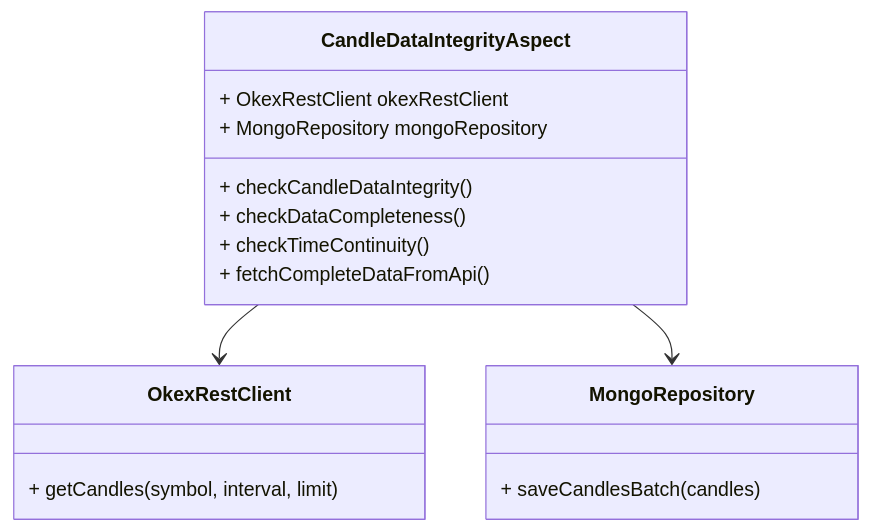
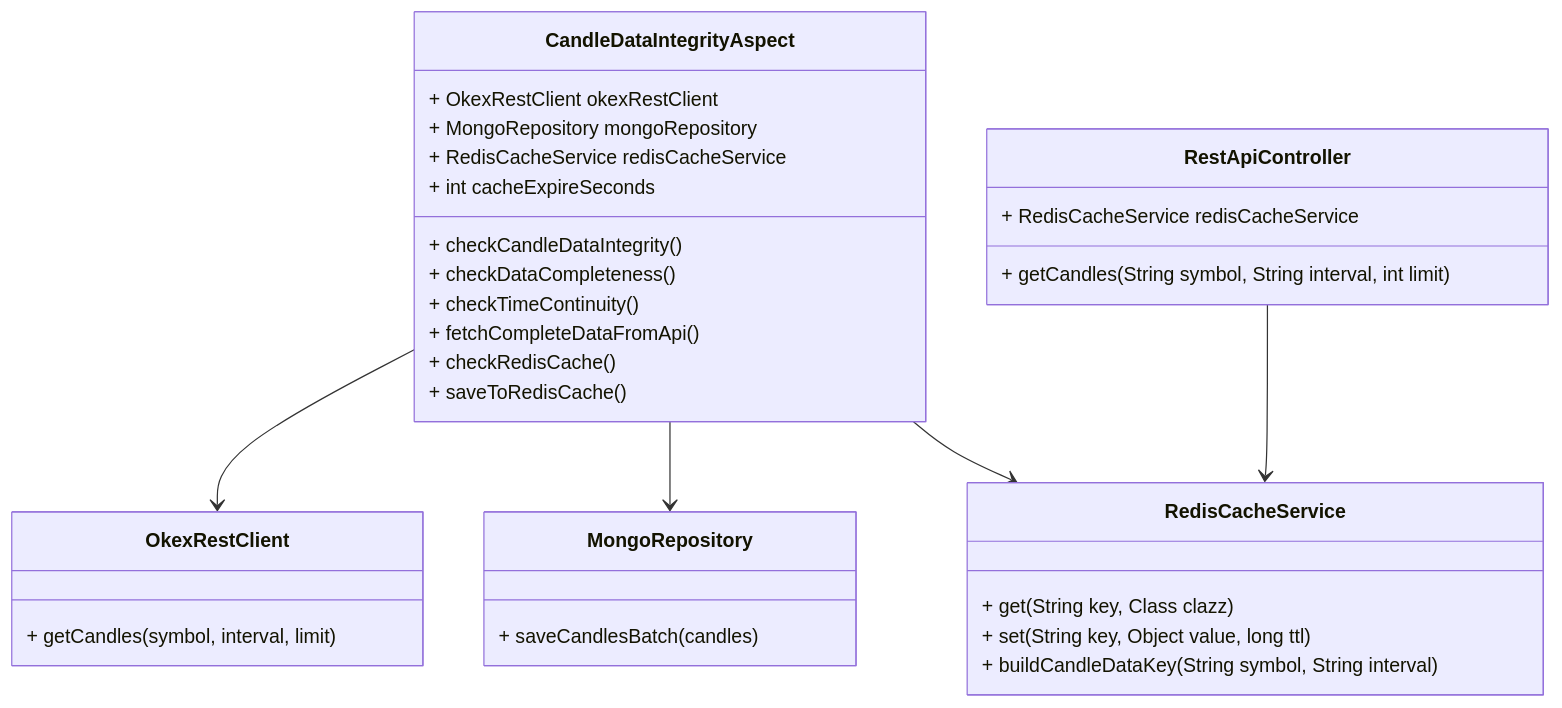
Before and after one commit to bidepideyipi/okex-trans5: the third of 8 diagrams in doc/ARCHITECTURE.md, drawn with Mermaid. The commit also changed other lines of this file and 16 other files, not shown here.

Commit message:
Websocket 订阅交易对的K线图

````diff
--- a/doc/ARCHITECTURE.md
+++ b/doc/ARCHITECTURE.md
@@ -501,22 +517,39 @@
 ```mermaid
 classDiagram
     class CandleDataIntegrityAspect {
         + OkexRestClient okexRestClient
         + MongoRepository mongoRepository
+        + RedisCacheService redisCacheService
+        + int cacheExpireSeconds
         + checkCandleDataIntegrity()
         + checkDataCompleteness()
         + checkTimeContinuity()
         + fetchCompleteDataFromApi()
+        + checkRedisCache()
+        + saveToRedisCache()
     }
     
     class OkexRestClient {
         + getCandles(symbol, interval, limit)
     }
     
     class MongoRepository {
         + saveCandlesBatch(candles)
     }
     
+    class RedisCacheService {
+        + get(String key, Class<T> clazz)
+        + set(String key, Object value, long ttl)
+        + buildCandleDataKey(String symbol, String interval)
+    }
+    
+    class RestApiController {
+        + RedisCacheService redisCacheService
+        + getCandles(String symbol, String interval, int limit)
+    }
+    
     CandleDataIntegrityAspect --> OkexRestClient
     CandleDataIntegrityAspect --> MongoRepository
+    CandleDataIntegrityAspect --> RedisCacheService
+    RestApiController --> RedisCacheService
 ```
````
